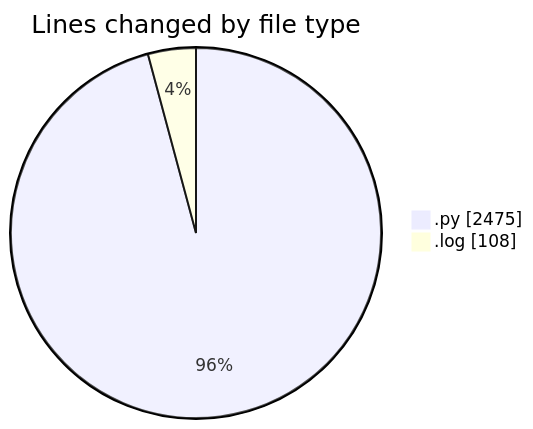
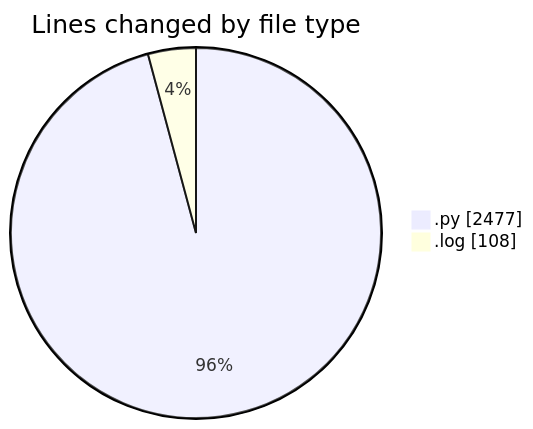
Before and after one commit to momahboobian/code-tracking: the first of 2 diagrams in 2025-05-06/samplepdf/README.md, drawn with Mermaid. The commit also changed other lines of this file and 1 other file, not shown here.

````diff
--- a/2025-05-06/samplepdf/README.md
+++ b/2025-05-06/samplepdf/README.md
@@ -42,6 +42,6 @@
 ```mermaid
 pie showData
 title Lines changed by file type
-".py" : 2475
+".py" : 2477
 ".log" : 108
 ```
````
